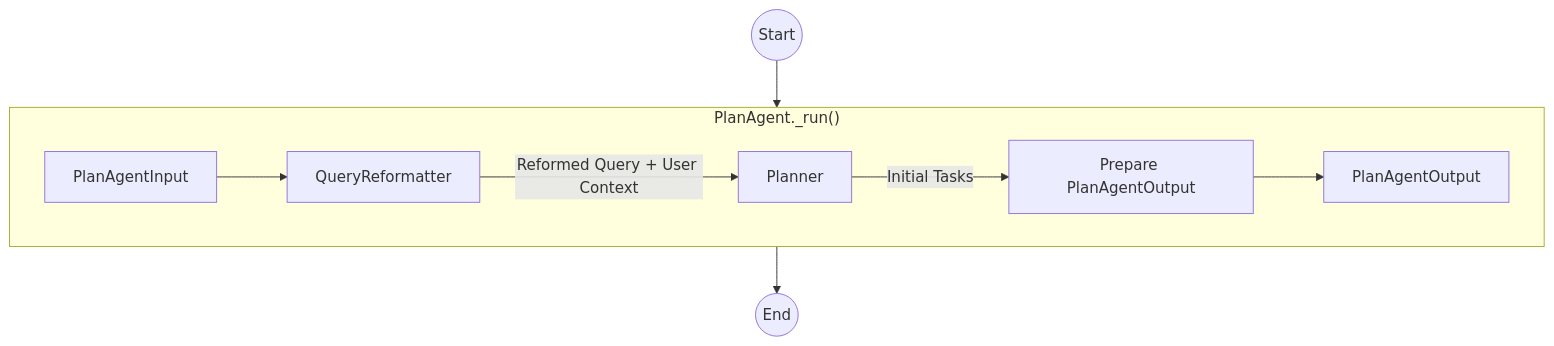
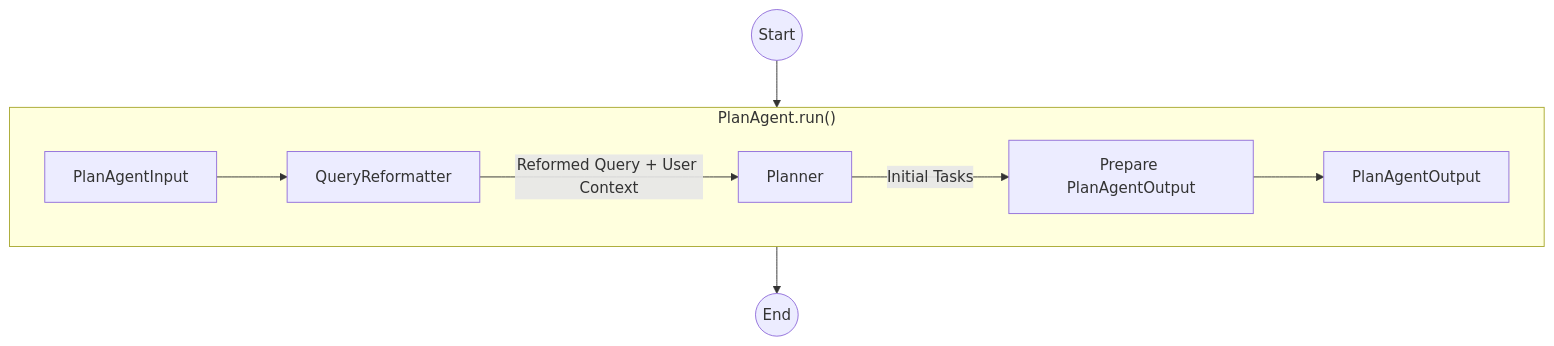
The second of 4 diagrams in docs/DEVELOPMENT.md (fidemin/easylocai), drawn with Mermaid before and after one commit. The commit also changed other lines of this file, not shown here.

````diff
--- a/docs/DEVELOPMENT.md
+++ b/docs/DEVELOPMENT.md
@@ -53,22 +54,22 @@
 ```mermaid
 graph TD
     %% Input Node
     Start((Start)) --> Input
 
     %% Internal Processing Sequence
-    subgraph PlanAgent ["PlanAgent._run()"]
+    subgraph PlanAgent ["PlanAgent.run()"]
         direction LR
         Input[PlanAgentInput]
         
         Input --> Reformatter[QueryReformatter]
         
         Reformatter --> |Reformed Query + User Context| Planner[Planner]
     
         Planner --> |Initial Tasks| OutputPrep[Prepare PlanAgentOutput]
     
         OutputPrep --> FinalOutput[PlanAgentOutput]
     end
 
     %% Output
     FinalOutput --> End((End))
 ```
````
